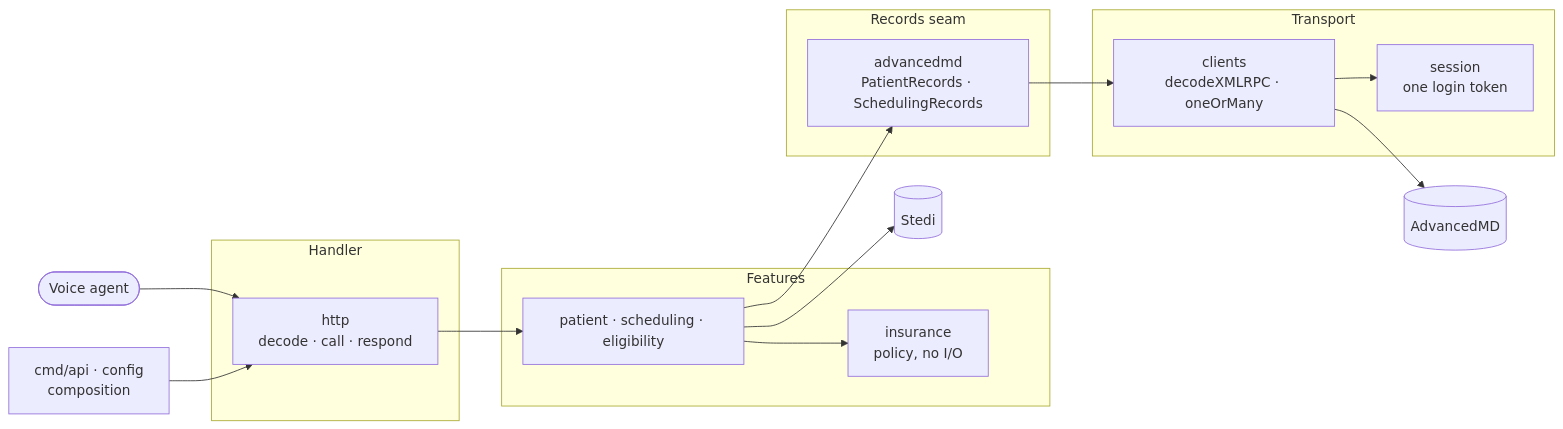
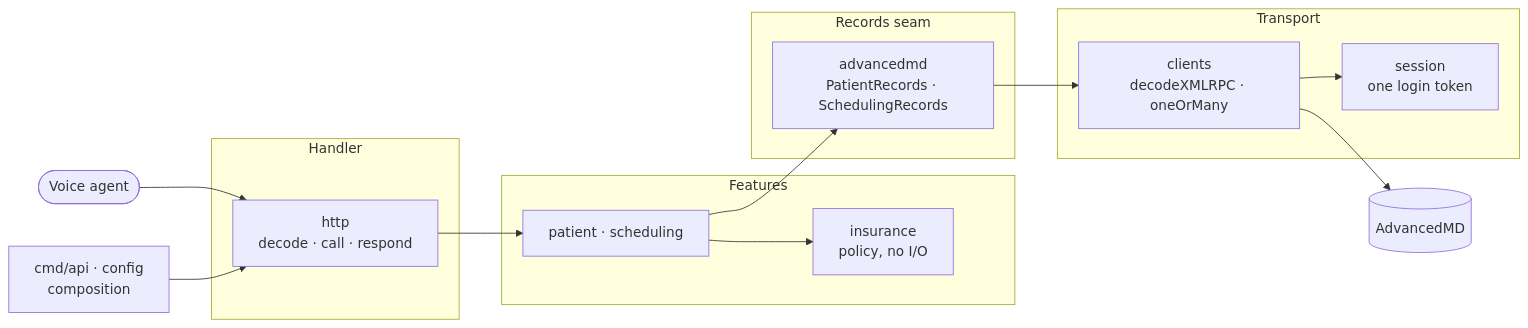
One commit to Data-Buddies-Solutions/amd_middleware changed the first of 5 diagrams in README.md. Above: the diagram before and after it, drawn with Mermaid. The commit also changed other lines of this file and 86 other files, not shown here.

First line of the commit message:
feat(insurance)!: resolve caller plan names to plan IDs and remove Stedi eligibility (#238)

````diff
--- a/README.md
+++ b/README.md
@@ -33,26 +33,25 @@
 ```mermaid
 flowchart LR
   agent(["Voice agent"]) --> http
   composition["cmd/api · config<br/>composition"] --> http
   subgraph handler["Handler"]
     http["http<br/>decode · call · respond"]
   end
   subgraph features["Features"]
-    workflows["patient · scheduling · eligibility"]
+    workflows["patient · scheduling"]
     insurance["insurance<br/>policy, no I/O"]
   end
   subgraph seam["Records seam"]
     records["advancedmd<br/>PatientRecords · SchedulingRecords"]
   end
   subgraph transport["Transport"]
     clients["clients<br/>decodeXMLRPC · oneOrMany"]
     session["session<br/>one login token"]
   end
   http --> workflows
   workflows --> insurance
   workflows --> records
   records --> clients
   clients --> session
   clients --> amd[("AdvancedMD")]
-  workflows --> stedi[("Stedi")]
 ```
````
